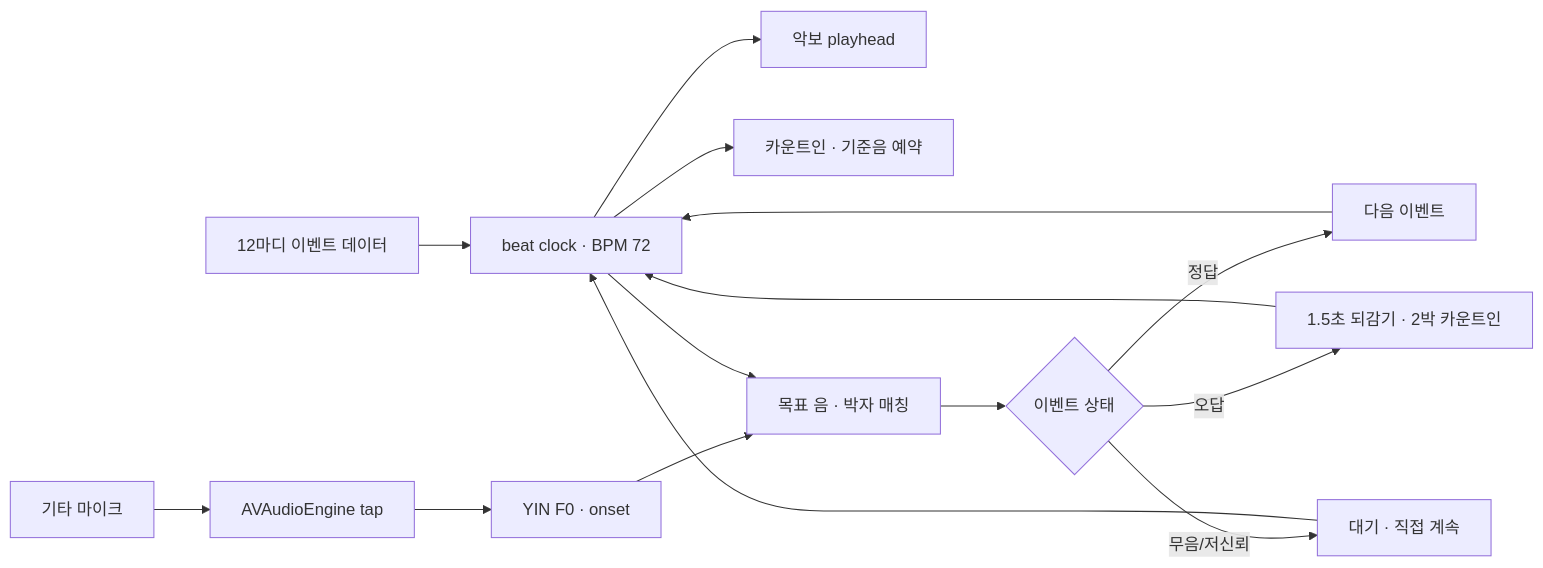
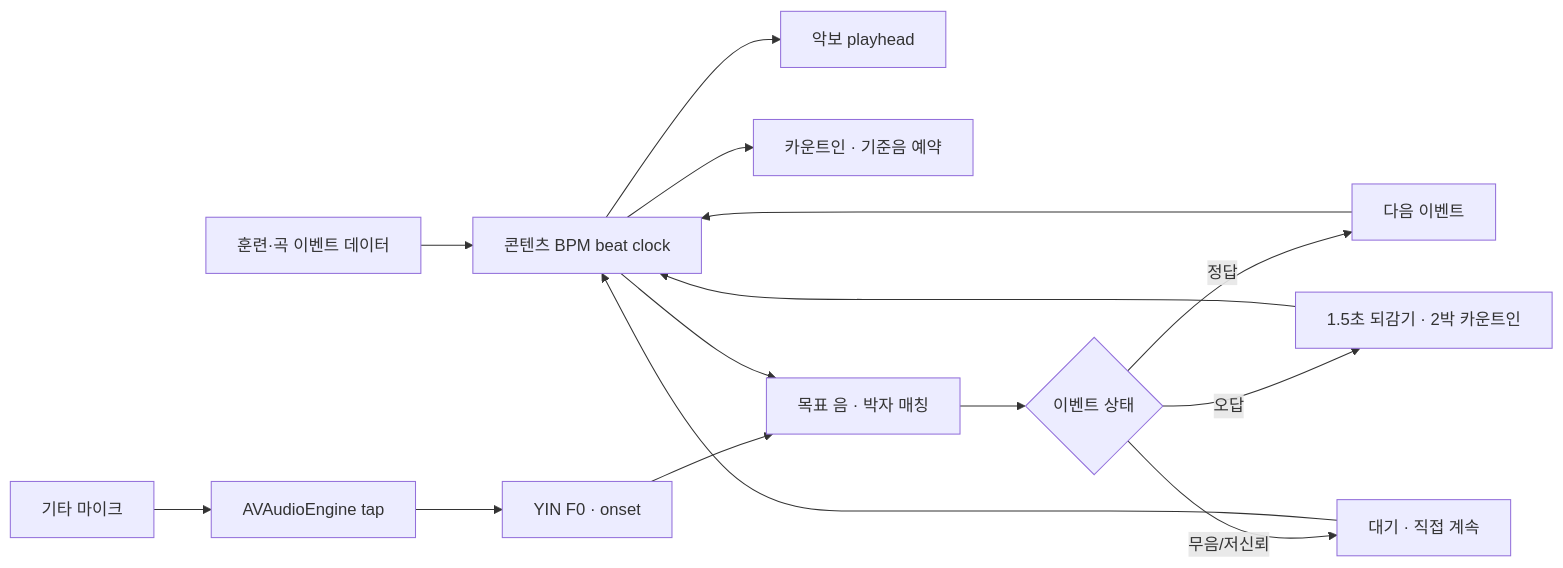
Before and after one commit to lkh0310kr/muttan: the diagram in docs/research/technology/README.md, drawn with Mermaid. The commit also changed other lines of this file and 6 other files, not shown here.

````diff
--- a/docs/research/technology/README.md
+++ b/docs/research/technology/README.md
@@ -30,17 +30,17 @@
 ```mermaid
 flowchart LR
-    E[12마디 이벤트 데이터] --> C[beat clock · BPM 72]
+    E[훈련·곡 이벤트 데이터] --> C[콘텐츠 BPM beat clock]
     C --> U[악보 playhead]
     C --> O[카운트인 · 기준음 예약]
     M[기타 마이크] --> T[AVAudioEngine tap]
     T --> Y[YIN F0 · onset]
     Y --> X[목표 음 · 박자 매칭]
     C --> X
     X --> S{이벤트 상태}
     S -->|정답| N[다음 이벤트]
     S -->|오답| R[1.5초 되감기 · 2박 카운트인]
     S -->|무음/저신뢰| W[대기 · 직접 계속]
     N --> C
     R --> C
     W --> C
 ```
````
